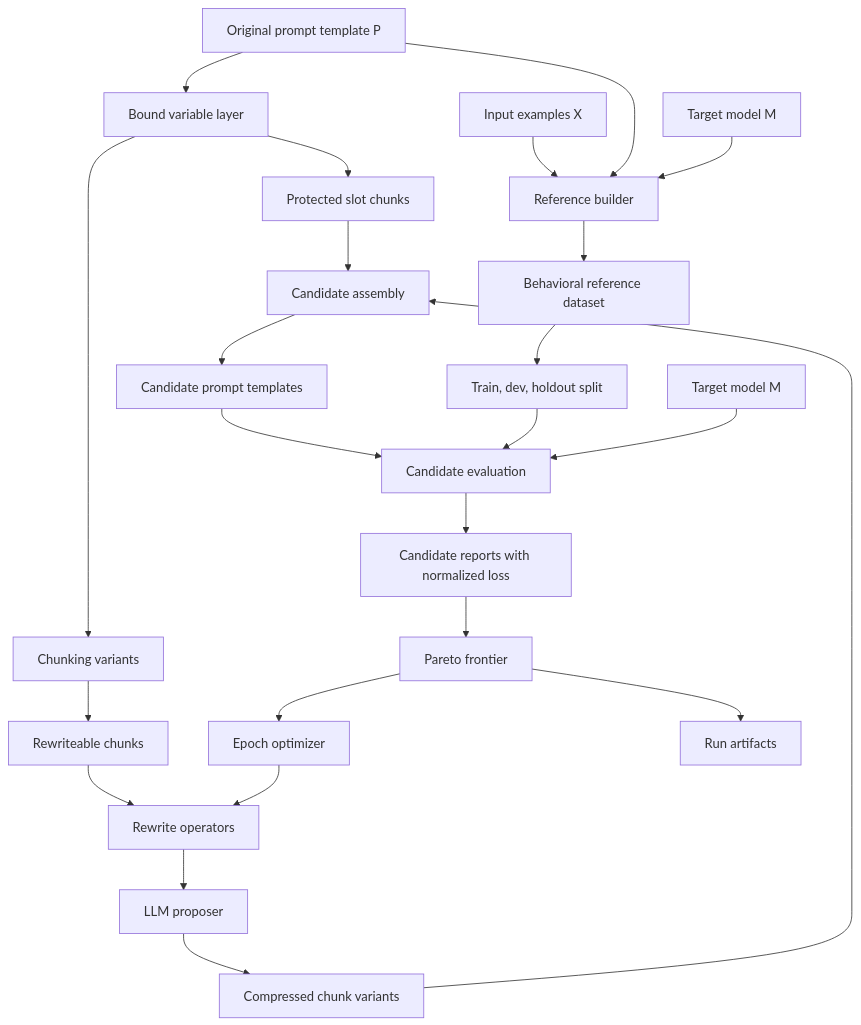
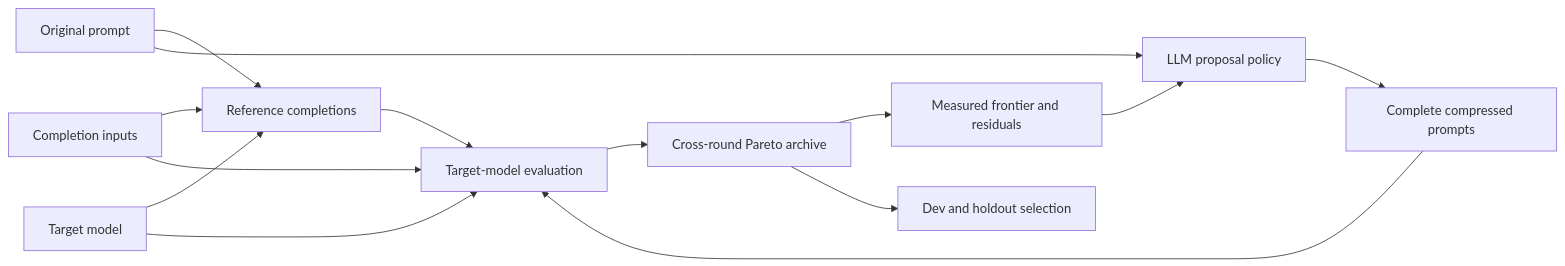
Before and after one commit to scsherm/prompt-compression-layer: the diagram in docs/architecture.md, drawn with Mermaid. The commit also changed other lines of this file and 22 other files, not shown here.

Commit message:
feat: add feedback-conditioned prompt optimizer

````diff
--- a/docs/architecture.md
+++ b/docs/architecture.md
@@ -31,28 +5,17 @@
 ```mermaid
-flowchart TD
-    P["Original prompt template P"] --> S["Bound variable layer"]
-    S --> B["Protected slot chunks"]
-    S --> C["Chunking variants"]
-    C --> D["Rewriteable chunks"]
-    D --> E["Rewrite operators"]
-    E --> F["LLM proposer"]
-    F --> G["Compressed chunk variants"]
-    B --> H["Candidate assembly"]
-    G --> H
-    H --> I["Candidate prompt templates"]
+flowchart LR
+    P["Original prompt"] --> R["Reference completions"]
+    X["Completion inputs"] --> R
+    M["Target model"] --> R
 
-    X["Input examples X"] --> R["Reference builder"]
-    P --> R
-    TM1["Target model M"] --> R
-    R --> Y["Behavioral reference dataset"]
-    Y --> SPLIT["Train, dev, holdout split"]
-
-    I --> EV["Candidate evaluation"]
-    SPLIT --> EV
-    TM2["Target model M"] --> EV
-    EV --> REP["Candidate reports with normalized loss"]
-    REP --> PF["Pareto frontier"]
-    PF --> OPT["Epoch optimizer"]
-    OPT --> E
-    PF --> ART["Run artifacts"]
+    P --> Q["LLM proposal policy"]
+    F["Measured frontier and residuals"] --> Q
+    Q --> C["Complete compressed prompts"]
+    C --> E["Target-model evaluation"]
+    X --> E
+    M --> E
+    R --> E
+    E --> A["Cross-round Pareto archive"]
+    A --> F
+    A --> D["Dev and holdout selection"]
 ```
````
